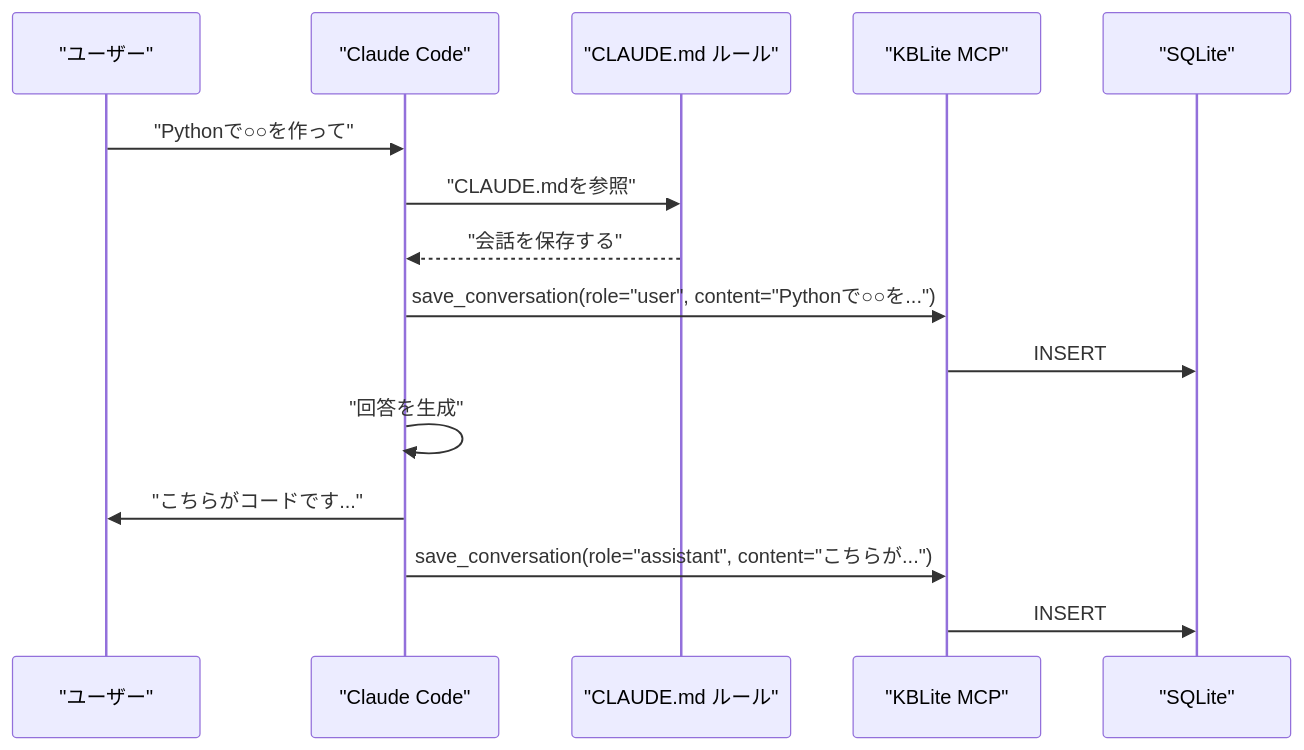
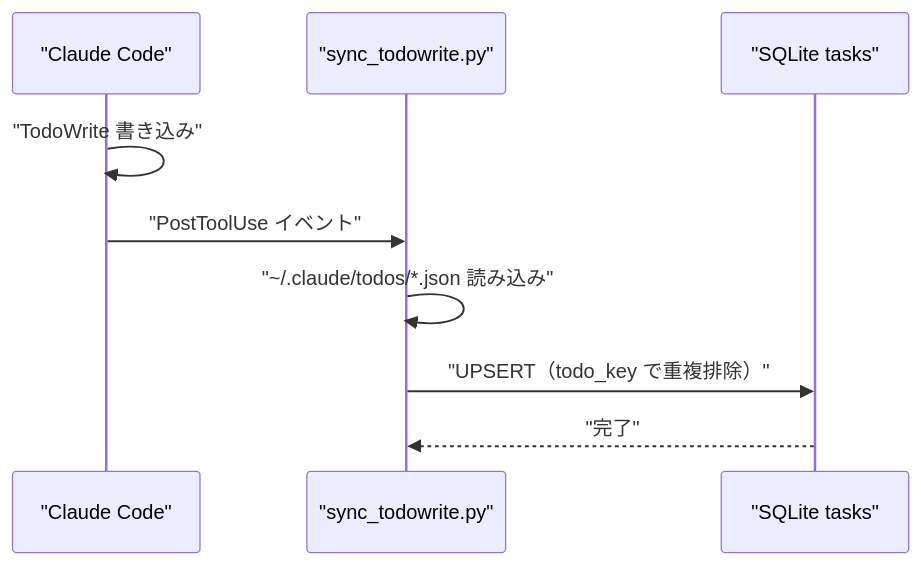
One commit to 76Hata/KBLite changed the fifth of 7 diagrams in doc/DESIGN-002_kblite-basic-design.md. Above: the diagram before and after it, drawn with Mermaid. The commit also changed other lines of this file and 4 other files, not shown here.

First line of the commit message:
docs: 設計書更新・mcp_tasks UTF-8修正

````diff
--- a/doc/DESIGN-002_kblite-basic-design.md
+++ b/doc/DESIGN-002_kblite-basic-design.md
@@ -569,18 +867,12 @@
 ```mermaid
 sequenceDiagram
-    participant User as "ユーザー"
     participant CC as "Claude Code"
-    participant Rule as "CLAUDE.md ルール"
-    participant MCP as "KBLite MCP"
-    participant DB as "SQLite"
+    participant Hook as "sync_todowrite.py"
+    participant DB as "SQLite tasks"
 
-    User->>CC: "Pythonで○○を作って"
-    CC->>Rule: "CLAUDE.mdを参照"
-    Rule-->>CC: "会話を保存する"
-    CC->>MCP: save_conversation(role="user", content="Pythonで○○を...")
-    MCP->>DB: INSERT
-    CC->>CC: "回答を生成"
-    CC->>User: "こちらがコードです..."
-    CC->>MCP: save_conversation(role="assistant", content="こちらが...")
-    MCP->>DB: INSERT
+    CC->>CC: "TodoWrite 書き込み"
+    CC->>Hook: "PostToolUse イベント"
+    Hook->>Hook: "~/.claude/todos/*.json 読み込み"
+    Hook->>DB: "UPSERT（todo_key で重複排除）"
+    DB-->>Hook: "完了"
 ```
````
